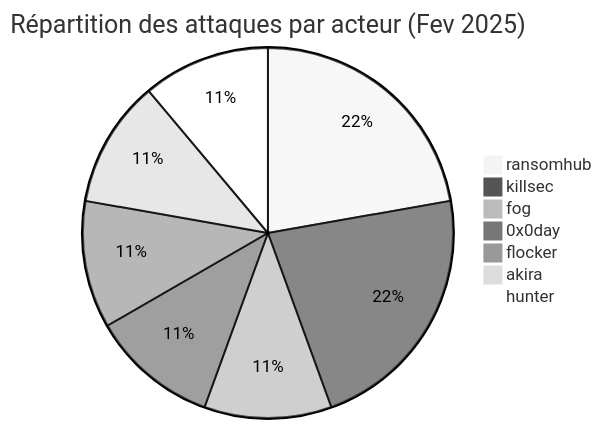
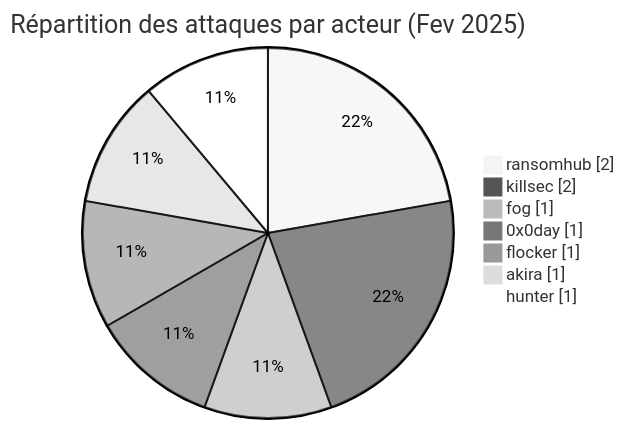
One commit to Hatchepsoute/AFRINTEL changed the first of 7 diagrams in CyberAttackAfrica/2025/02-february/README_FR.md. Above: the diagram before and after it, drawn with Mermaid (neutral theme). The commit also changed other lines of this file and 182 other files, not shown here.

````diff
--- a/CyberAttackAfrica/2025/02-february/README_FR.md
+++ b/CyberAttackAfrica/2025/02-february/README_FR.md
@@ -33,10 +36,11 @@
 ```mermaid
-pie title Répartition des attaques par acteur (Fev 2025)
+pie showData
+    title Répartition des attaques par acteur (Fev 2025)
     "ransomhub" : 2
     "killsec" : 2
     "fog" : 1
     "0x0day" : 1
     "flocker" : 1
     "akira" : 1
     "hunter" : 1
 ```
````
